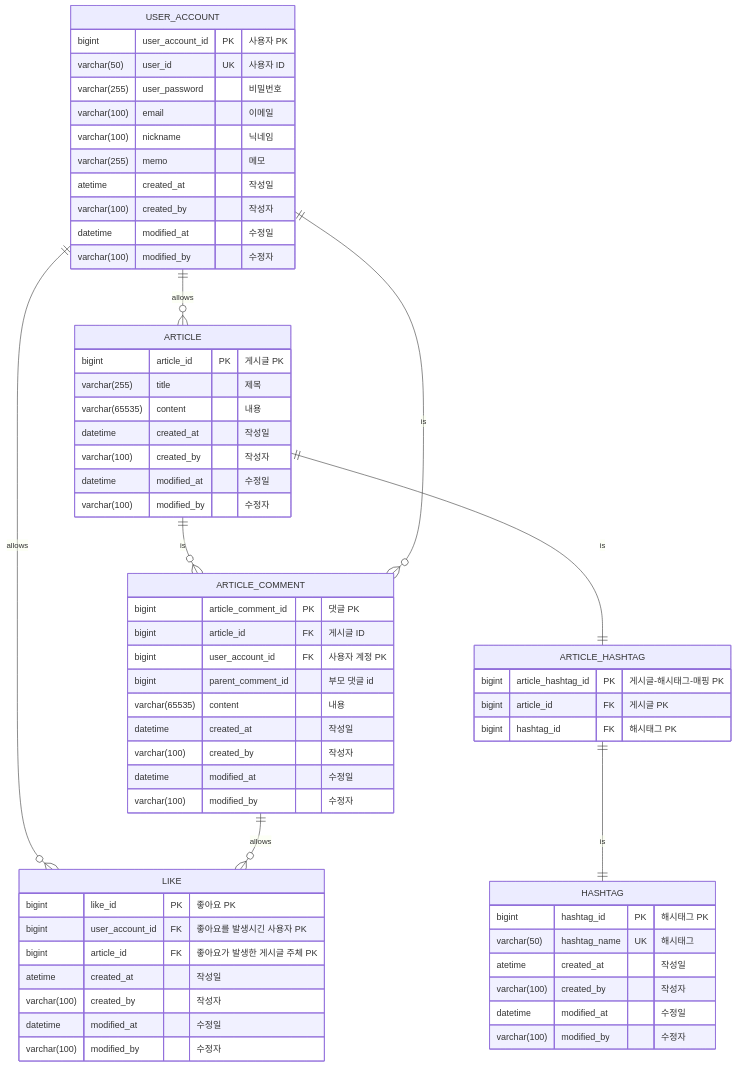
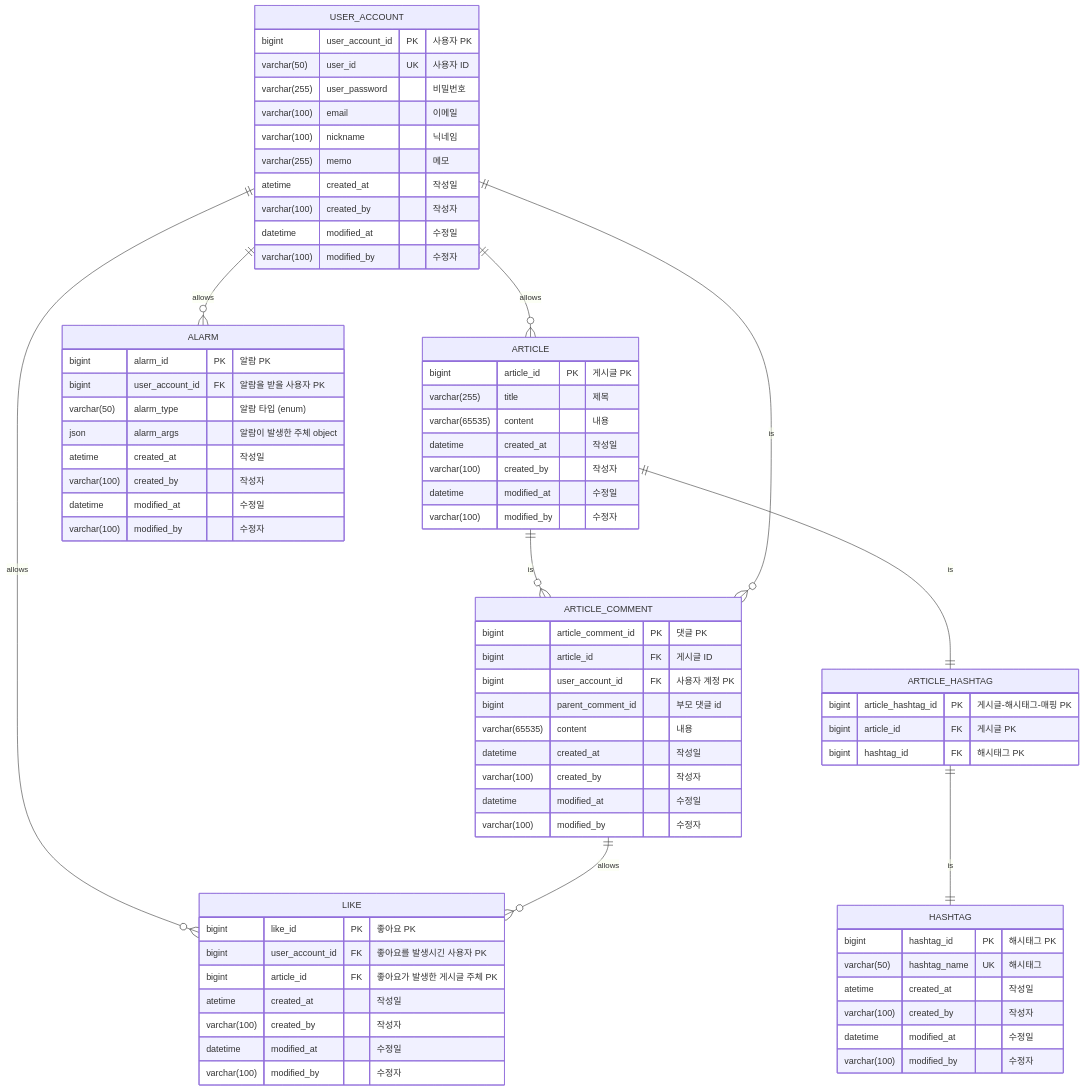
The diagram in README.md (jangseoyun/car-hr-sns), drawn with Mermaid before and after one commit.

Commit message:
doc: 알람 ERD 추가
- 연관관계 매핑
- 데이터 설계

#100

````diff
--- a/README.md
+++ b/README.md
@@ -5,69 +5,80 @@
 ``` mermaid
 erDiagram 
 ARTICLE ||--o{ ARTICLE_COMMENT : is
     ARTICLE {
         bigint article_id PK "게시글 PK"
         varchar(255) title "제목" 
         varchar(65535) content "내용"
         datetime created_at "작성일"
         varchar(100) created_by "작성자"
         datetime modified_at "수정일"
         varchar(100) modified_by "수정자"
     }
 
     ARTICLE_COMMENT {
         bigint article_comment_id PK "댓글 PK"
         bigint article_id FK "게시글 ID"
         bigint user_account_id FK "사용자 계정 PK"
         bigint parent_comment_id "부모 댓글 id"
         varchar(65535) content "내용"
         datetime created_at "작성일"
         varchar(100) created_by "작성자"
         datetime modified_at "수정일"
         varchar(100) modified_by "수정자"
     }
     
     ARTICLE_HASHTAG {
         bigint article_hashtag_id PK "게시글-해시태그-매핑 PK"
         bigint article_id FK "게시글 PK"
         bigint hashtag_id FK "해시태그 PK"
     }
     
 ARTICLE ||--|| ARTICLE_HASHTAG : is
 ARTICLE_HASHTAG ||--|| HASHTAG : is
     HASHTAG {
         bigint hashtag_id PK "해시태그 PK"
         varchar(50) hashtag_name UK "해시태그"
         atetime created_at "작성일"
         varchar(100) created_by "작성자"
         datetime modified_at "수정일"
         varchar(100) modified_by "수정자"
     }
 
 USER_ACCOUNT ||--o{ ARTICLE : allows
 USER_ACCOUNT ||--o{ ARTICLE_COMMENT : is
     USER_ACCOUNT {
         bigint user_account_id PK "사용자 PK"
         varchar(50) user_id UK "사용자 ID"
         varchar(255) user_password "비밀번호"
         varchar(100) email "이메일"
         varchar(100) nickname "닉네임"
         varchar(255) memo "메모" 
         atetime created_at "작성일"
         varchar(100) created_by "작성자"
         datetime modified_at "수정일"
         varchar(100) modified_by "수정자"
     }
 USER_ACCOUNT ||--o{ LIKE : allows
 ARTICLE_COMMENT ||--o{ LIKE : allows
     LIKE {
         bigint like_id PK "좋아요 PK"
         bigint user_account_id FK "좋아요를 발생시긴 사용자 PK"
         bigint article_id FK "좋아요가 발생한 게시글 주체 PK"
         atetime created_at "작성일"
         varchar(100) created_by "작성자"
         datetime modified_at "수정일"
         varchar(100) modified_by "수정자"
     }
+USER_ACCOUNT ||--o{ ALARM : allows   
+    ALARM {
+        bigint alarm_id PK "알람 PK"
+        bigint user_account_id FK "알람을 받을 사용자 PK"
+        varchar(50) alarm_type "알람 타입 (enum)"
+        json alarm_args "알람이 발생한 주체 object"
+        atetime created_at "작성일"
+        varchar(100) created_by "작성자"
+        datetime modified_at "수정일"
+        varchar(100) modified_by "수정자"
+    }
    
 ```
````
